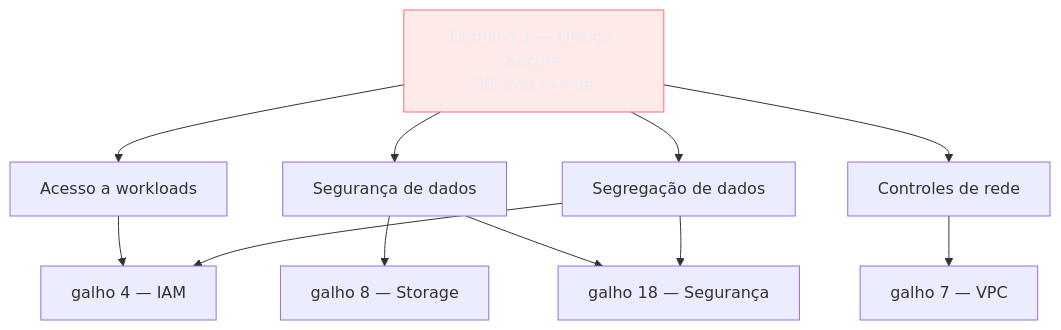
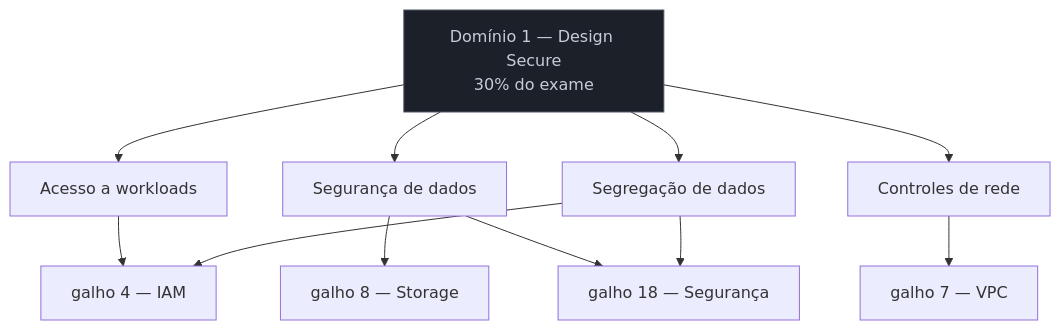
Before and after one commit to josenaldo/codex-technomanticus: the second of 2 diagrams in 03-Dominios/Tecnologia/Cloud/24 - Certificação AWS Solutions Architect Associate/03 - Mapa da trilha ao blueprint.md, drawn with Mermaid. The commit also changed other lines of this file and 601 other files, not shown here.

````diff
--- a/03-Dominios/Tecnologia/Cloud/24 - Certificação AWS Solutions Architect Associate/03 - Mapa da trilha ao blueprint.md
+++ b/03-Dominios/Tecnologia/Cloud/24 - Certificação AWS Solutions Architect Associate/03 - Mapa da trilha ao blueprint.md
@@ -110,18 +108,18 @@
 ```mermaid
 flowchart TD
-    classDef falha fill:#FF6B6B24,stroke:#FF6B6B,color:#E9ECF2
+    classDef neutro fill:#1B2029,stroke:#4E5666,color:#C6CCD8
     D1["Domínio 1 — Design Secure<br/>30% do exame"]
     D1 --> T1["Acesso a workloads"]
     D1 --> T2["Segurança de dados"]
     D1 --> T3["Controles de rede"]
     D1 --> T4["Segregação de dados"]
 
     T1 --> G4["galho 4 — IAM"]
     T2 --> G8["galho 8 — Storage"]
     T2 --> G18["galho 18 — Segurança"]
     T3 --> G7["galho 7 — VPC"]
     T4 --> G4
     T4 --> G18
 
-    class D1 falha
+    class D1 neutro
 ```
````
